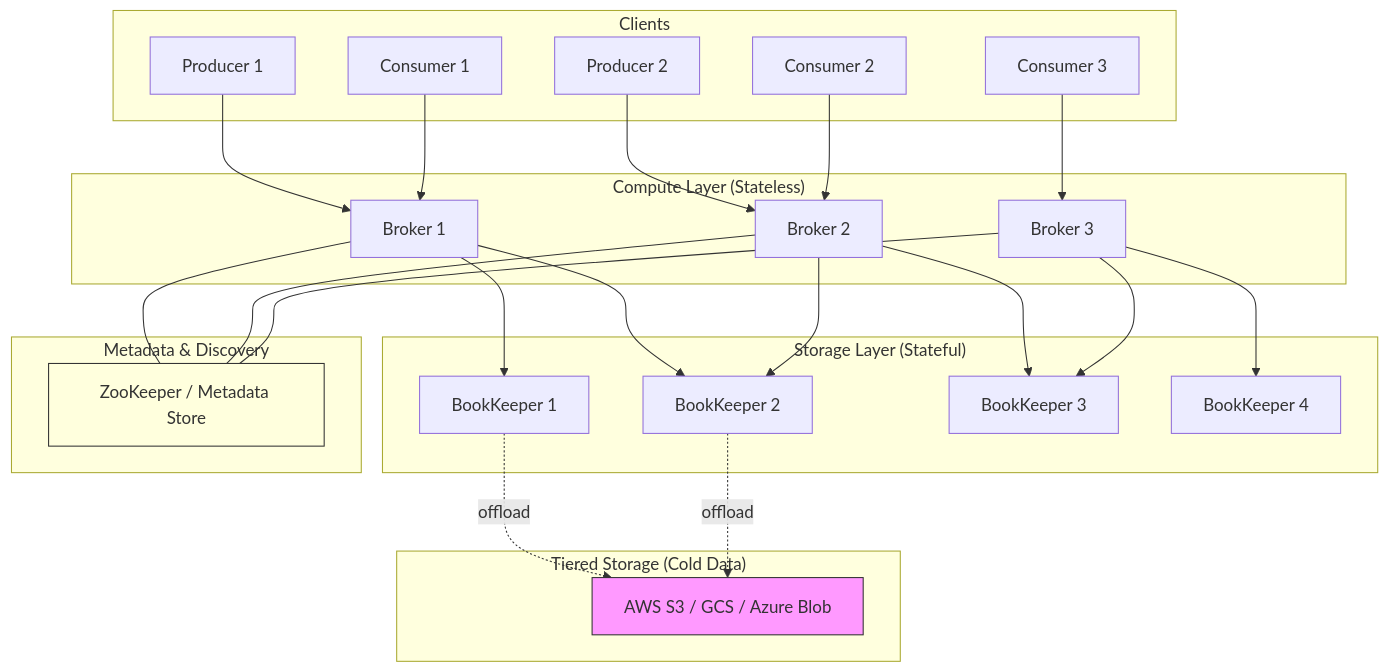
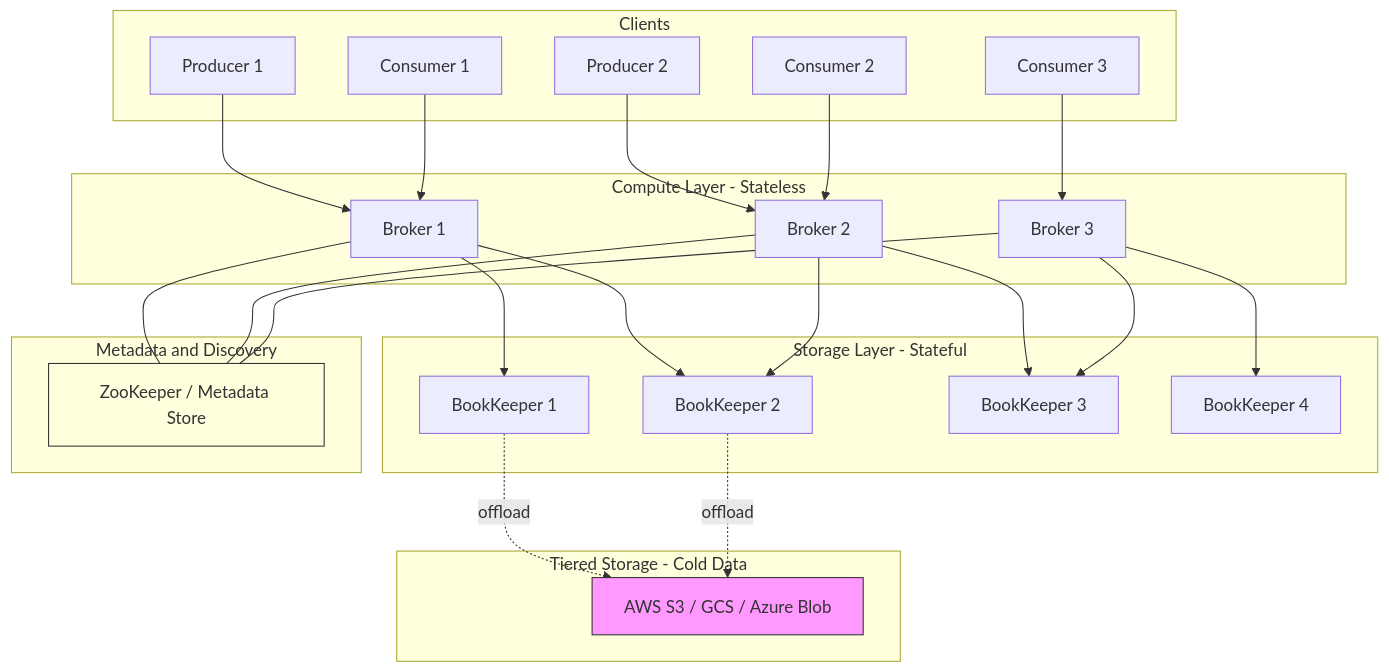
The first of 7 diagrams in Kafka/apache-pulsar-and-messaging-platforms.md (andrzejsydor/knowledge), drawn with Mermaid before and after one commit. The commit also changed other lines of this file, not shown here.

Commit message:
Refactor mermaid diagrams for clarity and consistency

````diff
--- a/Kafka/apache-pulsar-and-messaging-platforms.md
+++ b/Kafka/apache-pulsar-and-messaging-platforms.md
@@ -16,54 +16,54 @@
 ```mermaid
 graph TB
     subgraph Clients
-        P1[Producer 1]
-        P2[Producer 2]
-        C1[Consumer 1]
-        C2[Consumer 2]
-        C3[Consumer 3]
+        P1["Producer 1"]
+        P2["Producer 2"]
+        C1["Consumer 1"]
+        C2["Consumer 2"]
+        C3["Consumer 3"]
     end
 
-    subgraph "Compute Layer (Stateless)"
-        B1[Broker 1]
-        B2[Broker 2]
-        B3[Broker 3]
+    subgraph Compute_Layer["Compute Layer - Stateless"]
+        B1["Broker 1"]
+        B2["Broker 2"]
+        B3["Broker 3"]
     end
 
-    subgraph "Storage Layer (Stateful)"
-        BK1[BookKeeper 1]
-        BK2[BookKeeper 2]
-        BK3[BookKeeper 3]
-        BK4[BookKeeper 4]
+    subgraph Storage_Layer["Storage Layer - Stateful"]
+        BK1["BookKeeper 1"]
+        BK2["BookKeeper 2"]
+        BK3["BookKeeper 3"]
+        BK4["BookKeeper 4"]
     end
 
-    subgraph "Tiered Storage (Cold Data)"
-        S3[AWS S3 / GCS / Azure Blob]
+    subgraph Tiered_Storage["Tiered Storage - Cold Data"]
+        OBJ["AWS S3 / GCS / Azure Blob"]
     end
 
-    subgraph "Metadata & Discovery"
-        ZK[ZooKeeper / Metadata Store]
+    subgraph Metadata["Metadata and Discovery"]
+        ZK["ZooKeeper / Metadata Store"]
     end
 
     P1 --> B1
     P2 --> B2
     C1 --> B1
     C2 --> B2
     C3 --> B3
 
     B1 --> BK1
     B1 --> BK2
     B2 --> BK2
     B2 --> BK3
     B3 --> BK3
     B3 --> BK4
 
-    BK1 -.->|offload| S3
-    BK2 -.->|offload| S3
+    BK1 -.->|offload| OBJ
+    BK2 -.->|offload| OBJ
 
     B1 --- ZK
     B2 --- ZK
     B3 --- ZK
 
-    style S3 fill:#f9f,stroke:#333,stroke-width:1px
+    style OBJ fill:#f9f,stroke:#333,stroke-width:1px
     style ZK fill:#ffd,stroke:#333,stroke-width:1px
 ```
````
